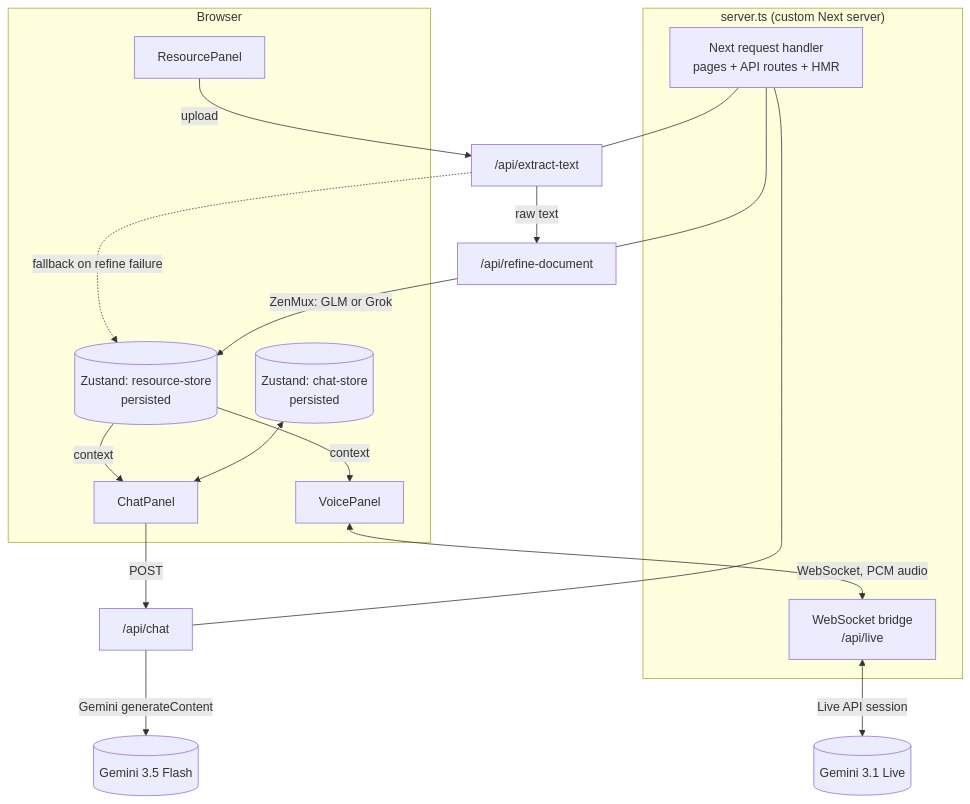
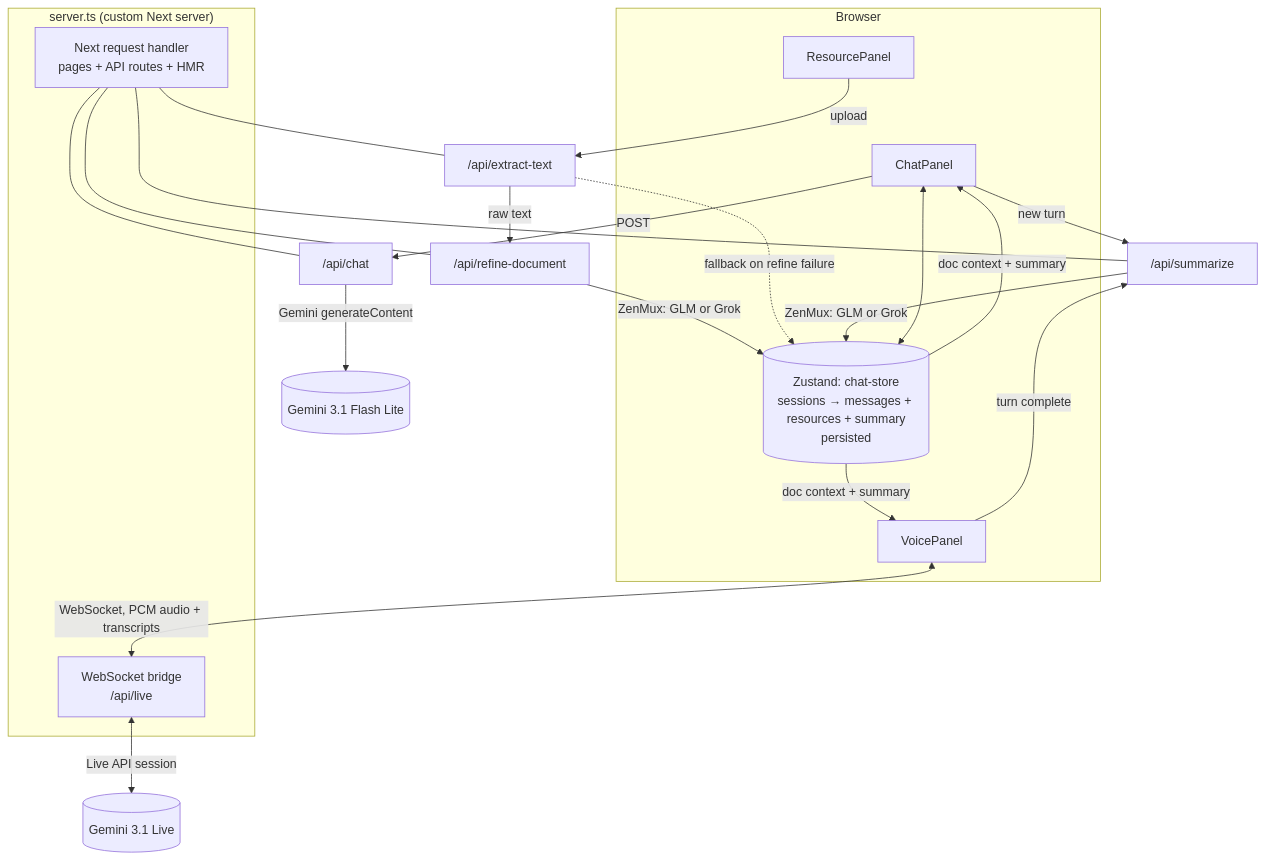
The diagram in README.md (shiningsudipto/paper-talk), drawn with Mermaid before and after one commit. The commit also changed other lines of this file and 10 other files, not shown here.

Commit message:
voice and chat sync by summary and readme updated

````diff
--- a/README.md
+++ b/README.md
@@ -109,34 +128,38 @@
 ```mermaid
 flowchart TD
     subgraph Browser
         Chat[ChatPanel]
         Voice[VoicePanel]
         Resource[ResourcePanel]
-        ChatStore[(Zustand: chat-store<br/>persisted)]
-        ResourceStore[(Zustand: resource-store<br/>persisted)]
+        ChatStore[(Zustand: chat-store<br/>sessions → messages + resources + summary<br/>persisted)]
     end
 
     subgraph "server.ts (custom Next server)"
         NextHandler[Next request handler<br/>pages + API routes + HMR]
         WSBridge[WebSocket bridge<br/>/api/live]
     end
 
     Resource -->|upload| ExtractAPI["/api/extract-text"]
     ExtractAPI -->|raw text| RefineAPI["/api/refine-document"]
-    RefineAPI -->|ZenMux: GLM or Grok| ResourceStore
-    ExtractAPI -.fallback on refine failure.-> ResourceStore
+    RefineAPI -->|ZenMux: GLM or Grok| ChatStore
+    ExtractAPI -.fallback on refine failure.-> ChatStore
 
     ChatStore <--> Chat
-    ResourceStore -->|context| Chat
-    ResourceStore -->|context| Voice
+    ChatStore -->|doc context + summary| Chat
+    ChatStore -->|doc context + summary| Voice
+
+    Chat -->|new turn| SummarizeAPI["/api/summarize"]
+    Voice -->|turn complete| SummarizeAPI
+    SummarizeAPI -->|ZenMux: GLM or Grok| ChatStore
 
     Chat -->|POST| ChatAPI["/api/chat"]
-    ChatAPI -->|Gemini generateContent| Gemini1[(Gemini 3.5 Flash)]
+    ChatAPI -->|Gemini generateContent| Gemini1[(Gemini 3.1 Flash Lite)]
 
-    Voice <-->|WebSocket, PCM audio| WSBridge
+    Voice <-->|WebSocket, PCM audio + transcripts| WSBridge
     WSBridge <-->|Live API session| Gemini2[(Gemini 3.1 Live)]
 
     NextHandler --- ChatAPI
     NextHandler --- ExtractAPI
     NextHandler --- RefineAPI
+    NextHandler --- SummarizeAPI
 ```
````
